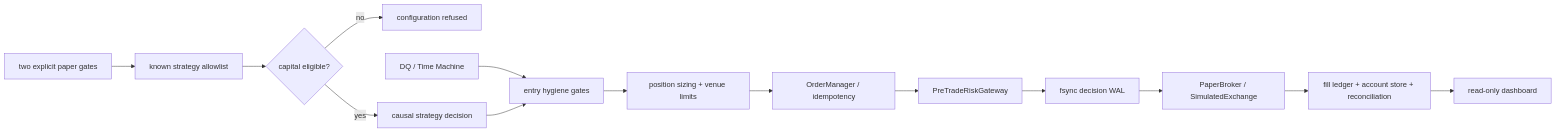
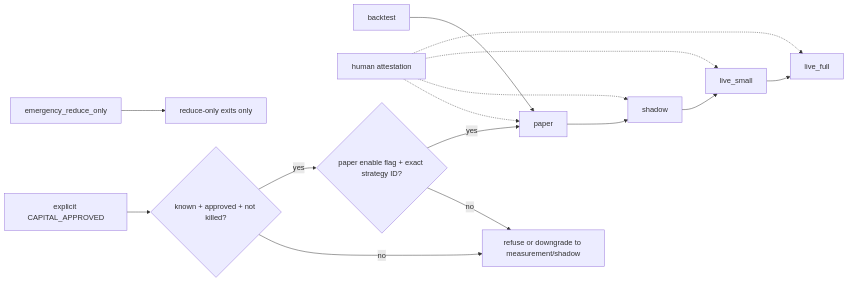
One commit to vikkl1990/vnedge changed the second of 3 diagrams in docs/ARCHITECTURE_FLOW.md. Above: the diagram before and after it, drawn with Mermaid. The commit also changed other lines of this file and 52 other files, not shown here.

````diff
--- a/docs/ARCHITECTURE_FLOW.md
+++ b/docs/ARCHITECTURE_FLOW.md
@@ -44,16 +84,15 @@
 ```mermaid
 flowchart LR
-    Config["two explicit paper gates"] --> Registry["known strategy allowlist"]
-    Registry --> Eligible{"capital eligible?"}
-    Eligible -- "no" --> Refuse["configuration refused"]
-    Eligible -- "yes" --> Strategy["causal strategy decision"]
-    TM["DQ / Time Machine"] --> Gates["entry hygiene gates"]
-    Strategy --> Gates
-    Gates --> Size["position sizing + venue limits"]
-    Size --> OM["OrderManager / idempotency"]
-    OM --> Risk["PreTradeRiskGateway"]
-    Risk --> WAL["fsync decision WAL"]
-    WAL --> Sim["PaperBroker / SimulatedExchange"]
-    Sim --> Ledger["fill ledger + account store + reconciliation"]
-    Ledger --> Dashboard["read-only dashboard"]
+    Backtest["backtest"] --> Paper["paper"] --> Shadow["shadow"] --> Small["live_small"] --> Full["live_full"]
+    ExitOnly["emergency_reduce_only"] --> Exits["reduce-only exits only"]
+    Human["human attestation"] -.-> Paper
+    Human -.-> Shadow
+    Human -.-> Small
+    Human -.-> Full
+
+    Registry["explicit CAPITAL_APPROVED"] --> Eligible{"known + approved + not killed?"}
+    Eligible -- no --> Refuse["refuse or downgrade to measurement/shadow"]
+    Eligible -- yes --> Config{"paper enable flag + exact strategy ID?"}
+    Config -- no --> Refuse
+    Config -- yes --> Paper
 ```
````
